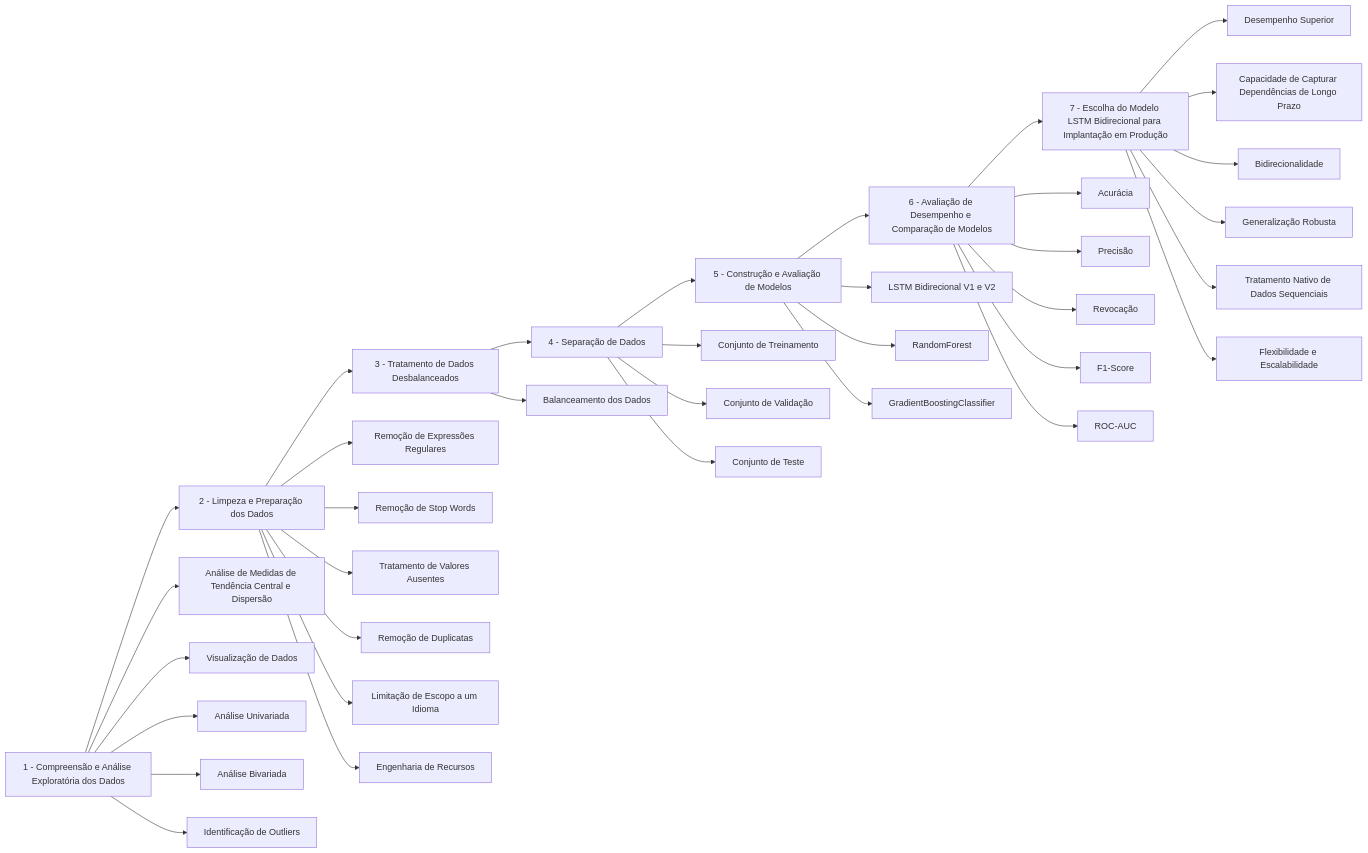
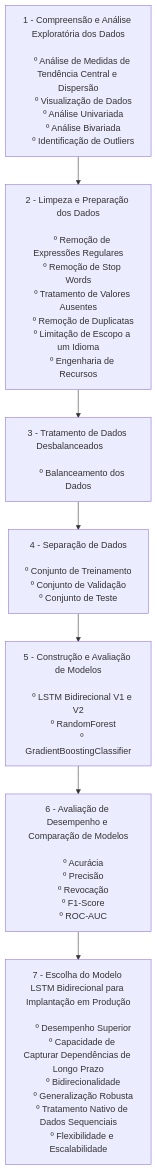
Before and after one commit to ICEI-PUC-Minas-PMV-SI/pmv-si-2024-1-pe7-t1-twittersentimentanalysis: the diagram in docs/construindo-modelos.md, drawn with Mermaid.

````diff
--- a/docs/construindo-modelos.md
+++ b/docs/construindo-modelos.md
@@ -506,45 +506,46 @@
 ```mermaid
-graph LR
-    A[1 - Compreensão e Análise Exploratória dos Dados] --> B[2 - Limpeza e Preparação dos Dados]
-    B --> C[3 - Tratamento de Dados Desbalanceados]
-    C --> D[4 - Separação de Dados]
-    D --> E[5 - Construção e Avaliação de Modelos]
-    E --> F[6 - Avaliação de Desempenho e Comparação de Modelos]
-    F --> G[7 - Escolha do Modelo LSTM Bidirecional para Implantação em Produção]
+graph TD
+    A[1 - Compreensão e Análise Exploratória dos Dados
 
-    A --> A1[Análise de Medidas de Tendência Central e Dispersão]
-    A --> A2[Visualização de Dados]
-    A --> A3[Análise Univariada]
-    A --> A4[Análise Bivariada]
-    A --> A5[Identificação de Outliers]
+    º Análise de Medidas de Tendência Central e Dispersão
+    º Visualização de Dados
+    º Análise Univariada
+    º Análise Bivariada
+    º Identificação de Outliers
+    ] --> B[2 - Limpeza e Preparação dos Dados
 
-    B --> B1[Remoção de Expressões Regulares]
-    B --> B2[Remoção de Stop Words]
-    B --> B3[Tratamento de Valores Ausentes]
-    B --> B4[Remoção de Duplicatas]
-    B --> B5[Limitação de Escopo a um Idioma]
-    B --> B6[Engenharia de Recursos]
+    º Remoção de Expressões Regulares
+    º Remoção de Stop Words
+    º Tratamento de Valores Ausentes
+    º Remoção de Duplicatas
+    º Limitação de Escopo a um Idioma
+    º Engenharia de Recursos]
+    B --> C[3 - Tratamento de Dados Desbalanceados       
 
-    C --> C1[Balanceamento dos Dados]
+    º Balanceamento dos Dados]
+    C --> D[4 - Separação de Dados
 
-    D --> D1[Conjunto de Treinamento]
-    D --> D2[Conjunto de Validação]
-    D --> D3[Conjunto de Teste]
+    º Conjunto de Treinamento
+    º Conjunto de Validação
+    º Conjunto de Teste]
+    D --> E[5 - Construção e Avaliação de Modelos
 
-    E --> E1[LSTM Bidirecional V1 e V2]
-    E --> E2[RandomForest]
-    E --> E3[GradientBoostingClassifier]
+    º LSTM Bidirecional V1 e V2
+    º RandomForest
+    º GradientBoostingClassifier]
+    E --> F[6 - Avaliação de Desempenho e Comparação de Modelos
 
-    F --> F1[Acurácia]
-    F --> F2[Precisão]
-    F --> F3[Revocação]
-    F --> F4[F1-Score]
-    F --> F5[ROC-AUC]
-
-    G --> G1[Desempenho Superior]
-    G --> G2[Capacidade de Capturar Dependências de Longo Prazo]
-    G --> G3[Bidirecionalidade]
-    G --> G4[Generalização Robusta]
-    G --> G5[Tratamento Nativo de Dados Sequenciais]
-    G --> G6[Flexibilidade e Escalabilidade]
+    º Acurácia
+    º Precisão
+    º Revocação
+    º F1-Score
+    º ROC-AUC]
+    F --> G[7 - Escolha do Modelo LSTM Bidirecional para Implantação em Produção
+    
+    º Desempenho Superior
+    º Capacidade de Capturar Dependências de Longo Prazo
+    º Bidirecionalidade
+    º Generalização Robusta
+    º Tratamento Nativo de Dados Sequenciais
+    º Flexibilidade e Escalabilidade]
 ``` 
````
